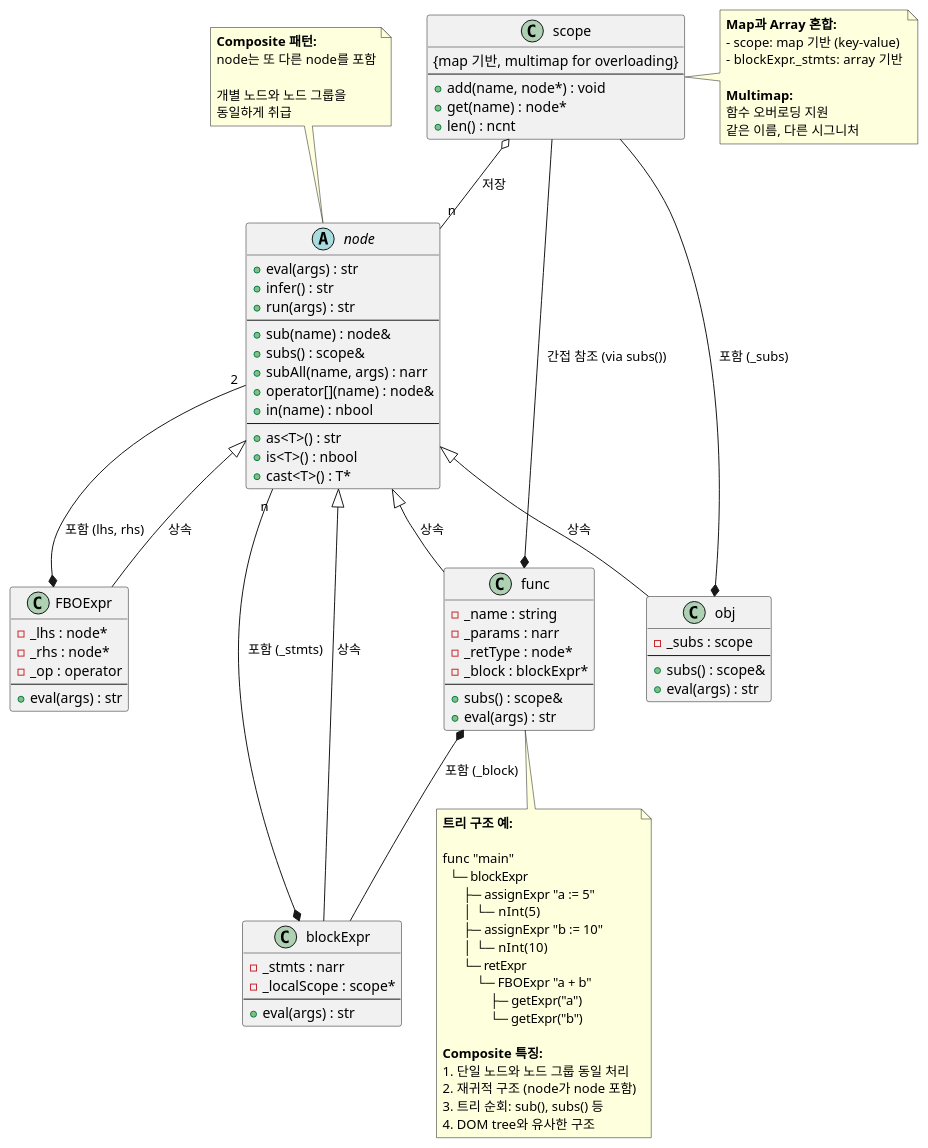
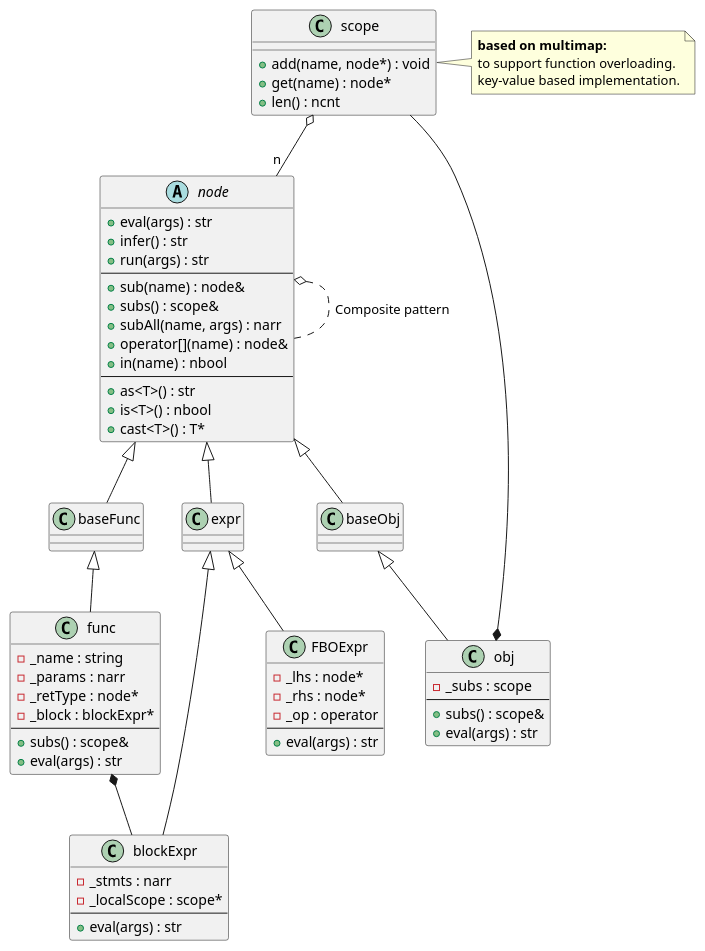
Before and after one commit to byeolang/byeol: the third of 19 diagrams in doc/ref/ko/ai-architecture-core.md, drawn with PlantUML. The commit also changed other lines of this file, not shown here.

```diff
--- a/doc/ref/ko/ai-architecture-core.md
+++ b/doc/ref/ko/ai-architecture-core.md
@@ -159,6 +327,8 @@
     + eval(args) : str
 }
 
+class expr {}
+
 class "FBOExpr" as FBOExpr {
     - _lhs : node*
     - _rhs : node*
@@ -166,6 +336,8 @@
     ---
     + eval(args) : str
 }
+
+class baseObj {}
 
 class "obj" as obj {
     - _subs : scope
@@ -175,62 +347,29 @@
 }
 
 class "scope" as scope {
-    {map 기반, multimap for overloading}
-    ---
     + add(name, node*) : void
     + get(name) : node*
     + len() : ncnt
 }
 
-note top of node
-  <b>Composite 패턴:</b>
-  node는 또 다른 node를 포함
-
-  개별 노드와 노드 그룹을
-  동일하게 취급
+note right of scope
+  <b>based on multimap:</b>
+  to support function overloading.
+  key-value based implementation.
 end note
 
-note right of scope
-  <b>Map과 Array 혼합:</b>
-  - scope: map 기반 (key-value)
-  - blockExpr._stmts: array 기반
+node <|-- baseFunc
+baseFunc <|-- func
+expr <|-- blockExpr
+node <|-- expr
+expr <|-- FBOExpr
+node <|-- baseObj
+baseObj <|-- obj
 
-  <b>Multimap:</b>
-  함수 오버로딩 지원
-  같은 이름, 다른 시그니처
-end note
+node o.. node: Composite pattern
 
-node <|-- func : 상속
-node <|-- blockExpr : 상속
-node <|-- FBOExpr : 상속
-node <|-- obj : 상속
-
-func *-- blockExpr : 포함 (_block)
-func *-- scope : 간접 참조 (via subs())
-blockExpr *-- "n" node : 포함 (_stmts)
-FBOExpr *-- "2" node : 포함 (lhs, rhs)
-obj *-- scope : 포함 (_subs)
-scope o-- "n" node : 저장
-
-note bottom of func
-  <b>트리 구조 예:</b>
-
-  func "main"
-    └─ blockExpr
-        ├─ assignExpr "a := 5"
-        │   └─ nInt(5)
-        ├─ assignExpr "b := 10"
-        │   └─ nInt(10)
-        └─ retExpr
-            └─ FBOExpr "a + b"
-                ├─ getExpr("a")
-                └─ getExpr("b")
-
-  <b>Composite 특징:</b>
-  1. 단일 노드와 노드 그룹 동일 처리
-  2. 재귀적 구조 (node가 node 포함)
-  3. 트리 순회: sub(), subs() 등
-  4. DOM tree와 유사한 구조
-end note
+func *-- blockExpr
+obj *-- scope
+scope o-- "n" node
 
 @enduml
```
